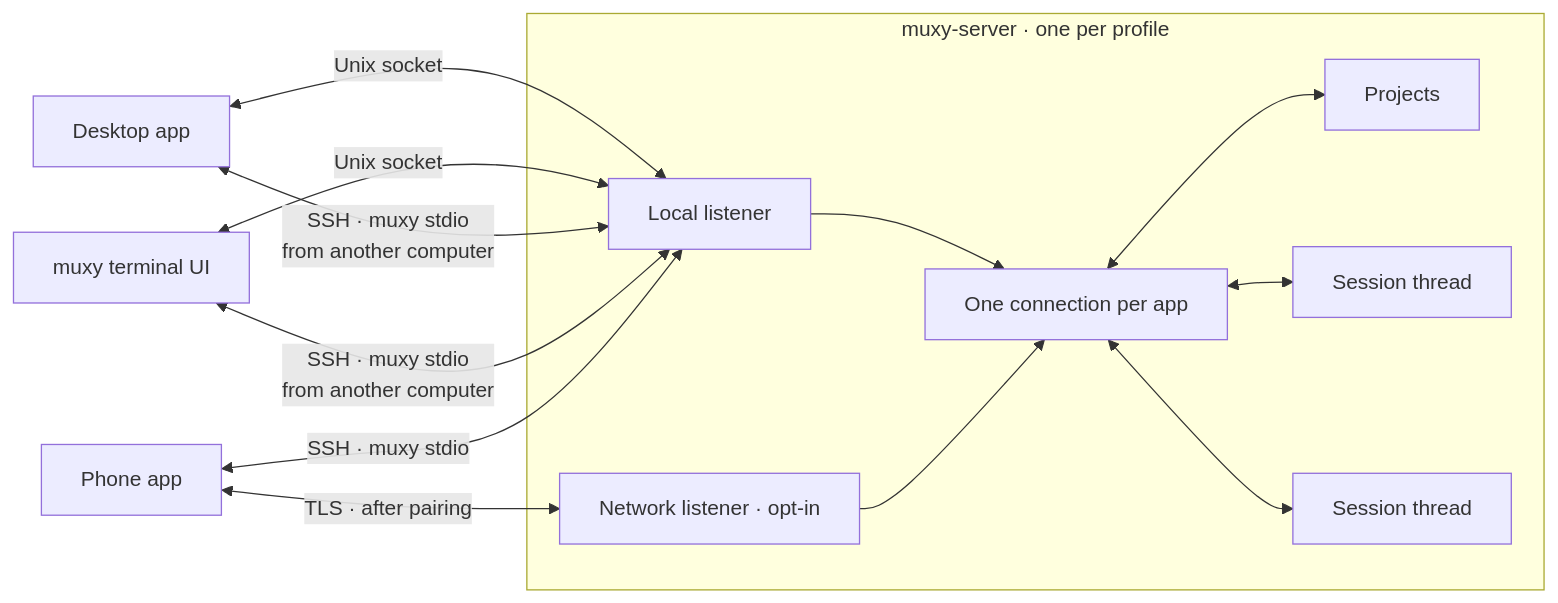
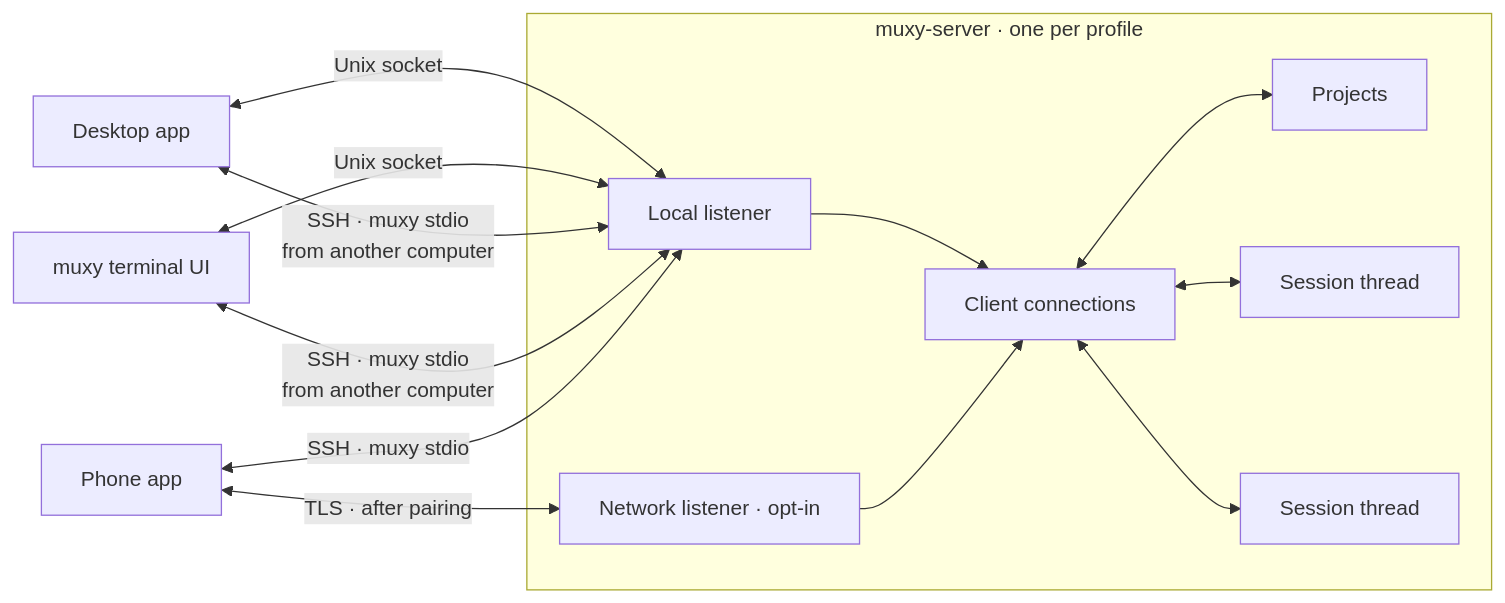
One commit to muxy-app/muxy changed the first of 5 diagrams in docs/tech/architecture.md. Above: the diagram before and after it, drawn with Mermaid. The commit also changed other lines of this file and 23 other files, not shown here.

Commit message:
Align Muxy 2 documentation and extension manifest schema

````diff
--- a/docs/tech/architecture.md
+++ b/docs/tech/architecture.md
@@ -7,22 +7,22 @@
 ```mermaid
 flowchart LR
     DESKTOP["Desktop app"] <-->|"Unix socket"| LOCAL
     TUI["muxy terminal UI"] <-->|"Unix socket"| LOCAL
     DESKTOP <-->|"SSH · muxy stdio<br/>from another computer"| LOCAL
     TUI <-->|"SSH · muxy stdio<br/>from another computer"| LOCAL
     PHONE["Phone app"] <-->|"TLS · after pairing"| NETWORK
     PHONE <-->|"SSH · muxy stdio"| LOCAL
     subgraph SERVER["muxy-server · one per profile"]
         LOCAL["Local listener"]
         NETWORK["Network listener · opt-in"]
-        CONNECTION["One connection per app"]
+        CONNECTION["Client connections"]
         CATALOG["Projects"]
         S1["Session thread"]
         S2["Session thread"]
         LOCAL --> CONNECTION
         NETWORK --> CONNECTION
         CONNECTION <--> CATALOG
         CONNECTION <--> S1
         CONNECTION <--> S2
     end
 ```
````
